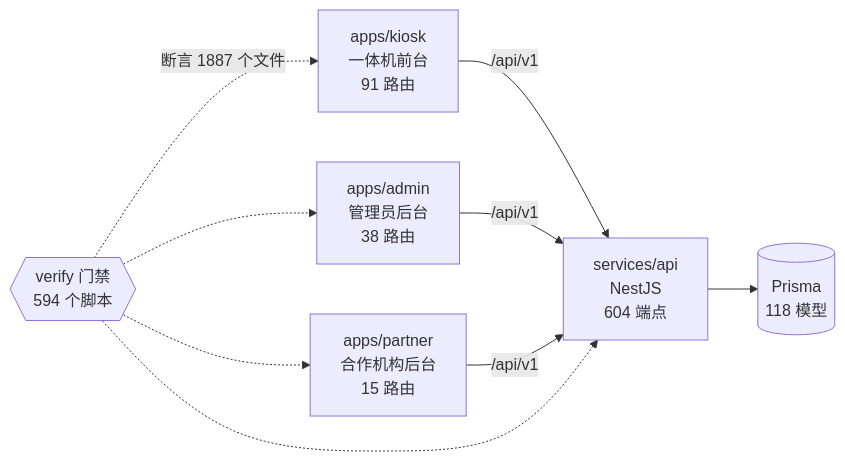
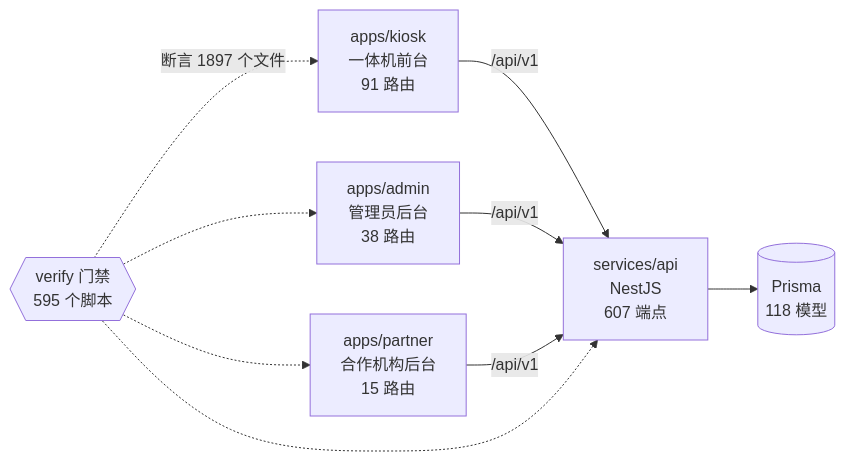
The diagram in docs/graph/README.md (wanglei581/YITIJI), drawn with Mermaid before and after one commit. The commit also changed other lines of this file and 4 other files, not shown here.

Commit message:
chore(graph): 免费打印额度补进后重生图谱

````diff
--- a/docs/graph/README.md
+++ b/docs/graph/README.md
@@ -68,18 +68,18 @@
 ```mermaid
 flowchart LR
   kiosk["apps/kiosk<br/>一体机前台<br/>91 路由"]
   admin["apps/admin<br/>管理员后台<br/>38 路由"]
   partner["apps/partner<br/>合作机构后台<br/>15 路由"]
-  api["services/api<br/>NestJS<br/>604 端点"]
+  api["services/api<br/>NestJS<br/>607 端点"]
   db[("Prisma<br/>118 模型")]
-  gates{{"verify 门禁<br/>594 个脚本"}}
+  gates{{"verify 门禁<br/>595 个脚本"}}
 
   kiosk -->|"/api/v1"| api
   admin -->|"/api/v1"| api
   partner -->|"/api/v1"| api
   api --> db
-  gates -.->|"断言 1887 个文件"| kiosk
+  gates -.->|"断言 1897 个文件"| kiosk
   gates -.-> admin
   gates -.-> partner
   gates -.-> api
 ```
````
